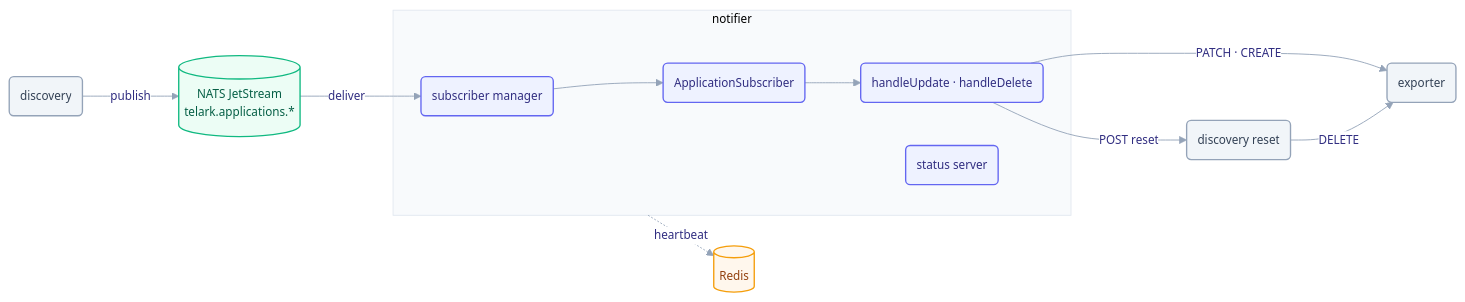
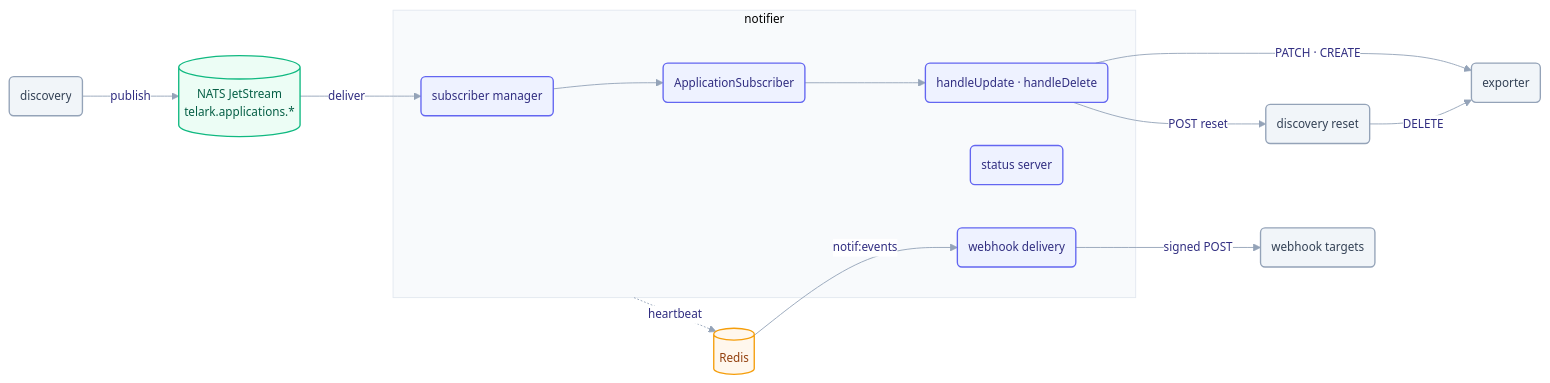
Before and after one commit to telark/telark: the diagram in services/notifier/README.md, drawn with Mermaid. The commit also changed other lines of this file and 29 other files, not shown here.

````diff
--- a/services/notifier/README.md
+++ b/services/notifier/README.md
@@ -12,32 +16,36 @@
 ```mermaid
 %%{init: {"theme":"base","themeVariables":{"fontFamily":"ui-sans-serif, system-ui, -apple-system, Segoe UI, Roboto, sans-serif","fontSize":"13px","lineColor":"#94a3b8","primaryColor":"#eef2ff","primaryBorderColor":"#6366f1","primaryTextColor":"#312e81","edgeLabelBackground":"#ffffff","clusterBkg":"#f8fafc","clusterBorder":"#e2e8f0"},"flowchart":{"curve":"basis","htmlLabels":true,"nodeSpacing":48,"rankSpacing":62,"padding":12}}}%%
 flowchart LR
   DISC(discovery)
   NATS[("NATS JetStream<br/>telark.applications.*")]
 
   subgraph notifier["notifier"]
     MGR(subscriber manager) --> SUB(ApplicationSubscriber)
     SUB --> ACT("handleUpdate · handleDelete")
     ST(status server)
+    WH(webhook delivery)
   end
 
   EXP(exporter)
   RESET(discovery reset)
   REDIS[("Redis")]
+  HOOKS(webhook targets)
 
   DISC -->|publish| NATS
   NATS -->|deliver| MGR
   ACT -->|PATCH · CREATE| EXP
   ACT -->|POST reset| RESET
   RESET -->|DELETE| EXP
   notifier -.heartbeat.-> REDIS
+  REDIS -->|notif:events| WH
+  WH -->|signed POST| HOOKS
 
   classDef svc fill:#eef2ff,stroke:#6366f1,stroke-width:1.5px,color:#312e81;
   classDef infra fill:#ecfdf5,stroke:#10b981,stroke-width:1.5px,color:#065f46;
   classDef peer fill:#f1f5f9,stroke:#94a3b8,stroke-width:1.5px,color:#334155;
   classDef store fill:#fff7ed,stroke:#f59e0b,stroke-width:1.5px,color:#92400e;
-  class MGR,SUB,ACT,ST svc;
+  class MGR,SUB,ACT,ST,WH svc;
   class NATS infra;
-  class DISC,EXP,RESET peer;
+  class DISC,EXP,RESET,HOOKS peer;
   class REDIS store;
 ```
````
